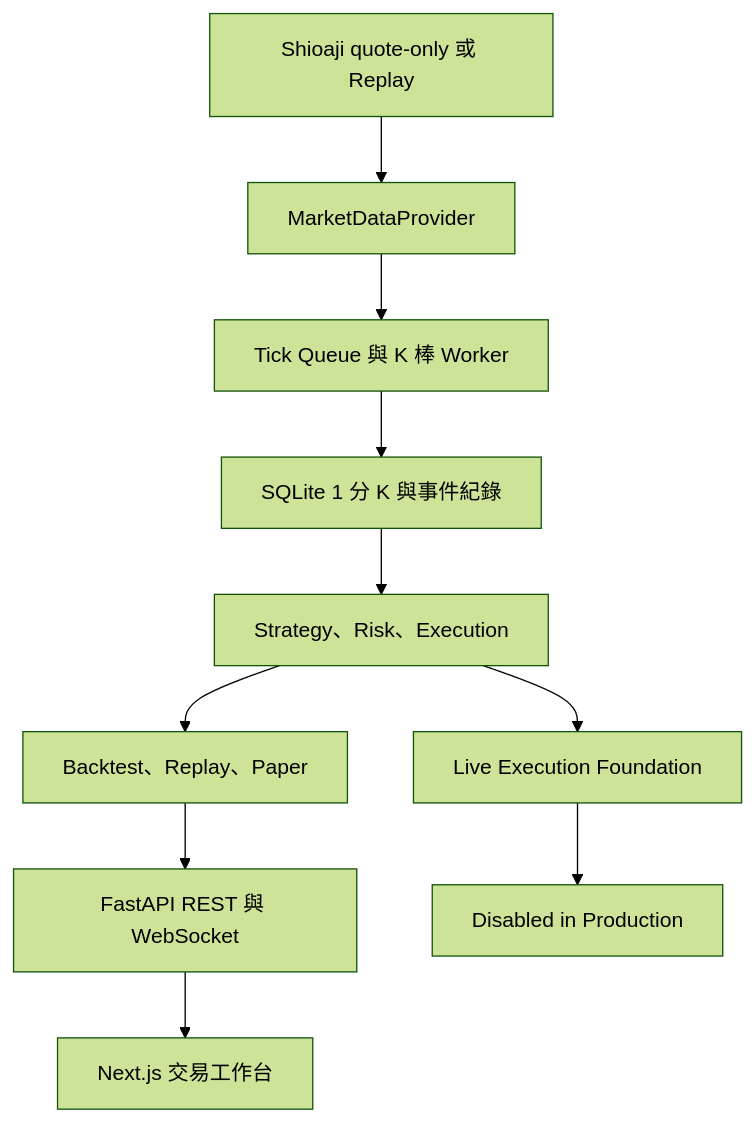
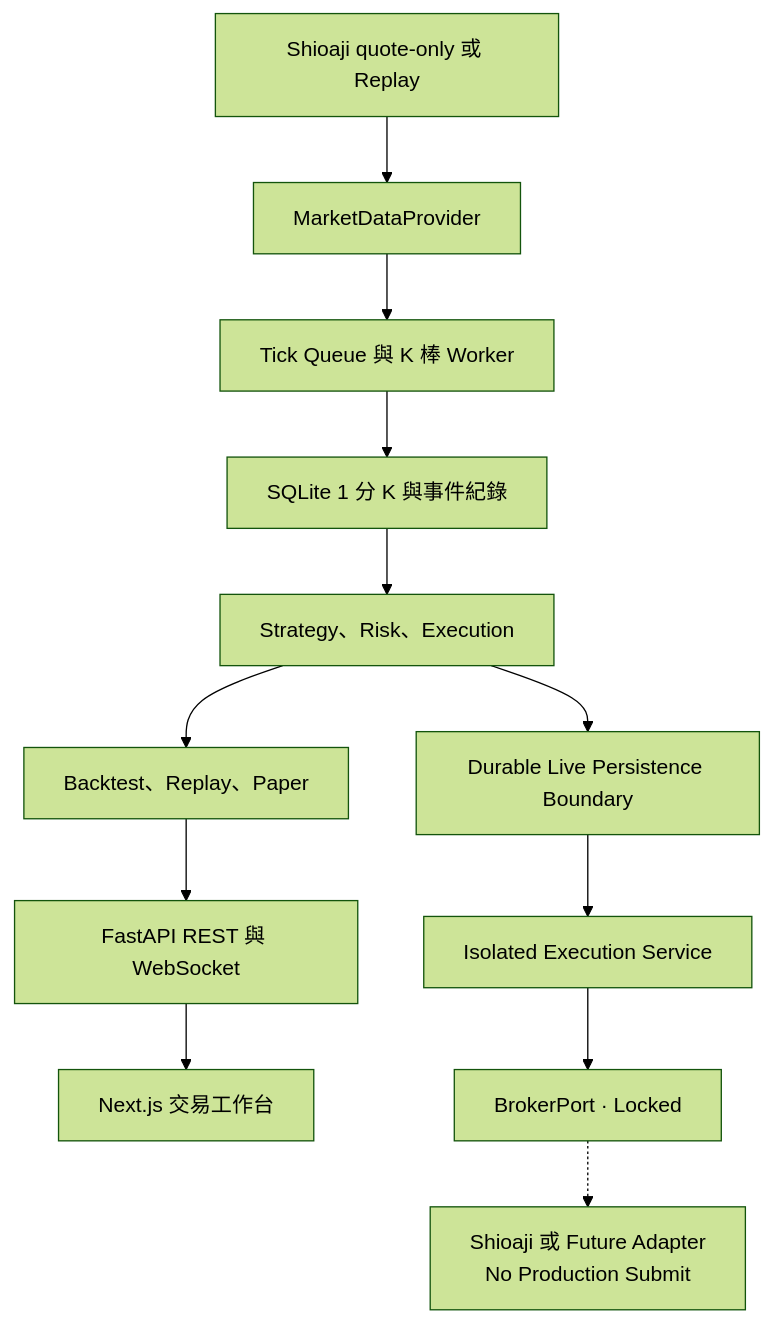
Before and after one commit to 3pwei/codex-tw-quant-trading-system: the first of 3 diagrams in README.md, drawn with Mermaid (forest theme). The commit also changed other lines of this file and 37 other files, not shown here.

First line of the commit message:
feat: add a broker-neutral live execution security boundary (#103)

````diff
--- a/README.md
+++ b/README.md
@@ -28,12 +30,14 @@
 ```mermaid
 flowchart TD
     A["Shioaji quote-only 或 Replay"] --> B["MarketDataProvider"]
     B --> C["Tick Queue 與 K 棒 Worker"]
     C --> D["SQLite 1 分 K 與事件紀錄"]
     D --> E["Strategy、Risk、Execution"]
     E --> F["Backtest、Replay、Paper"]
     F --> G["FastAPI REST 與 WebSocket"]
     G --> H["Next.js 交易工作台"]
-    E --> I["Live Execution Foundation"]
-    I --> J["Disabled in Production"]
+    E --> I["Durable Live Persistence Boundary"]
+    I --> J["Isolated Execution Service"]
+    J --> K["BrokerPort · Locked"]
+    K -.-> L["Shioaji 或 Future Adapter<br/>No Production Submit"]
 ```
````
